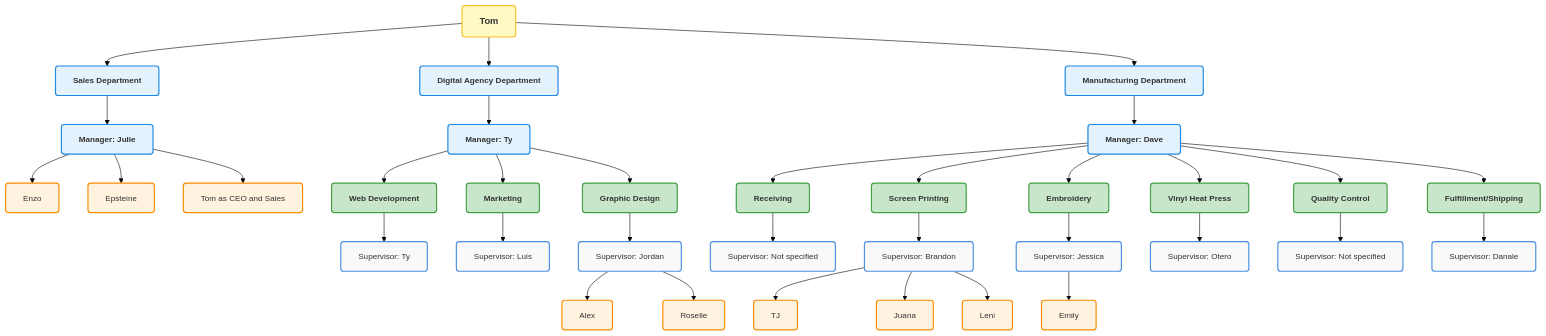
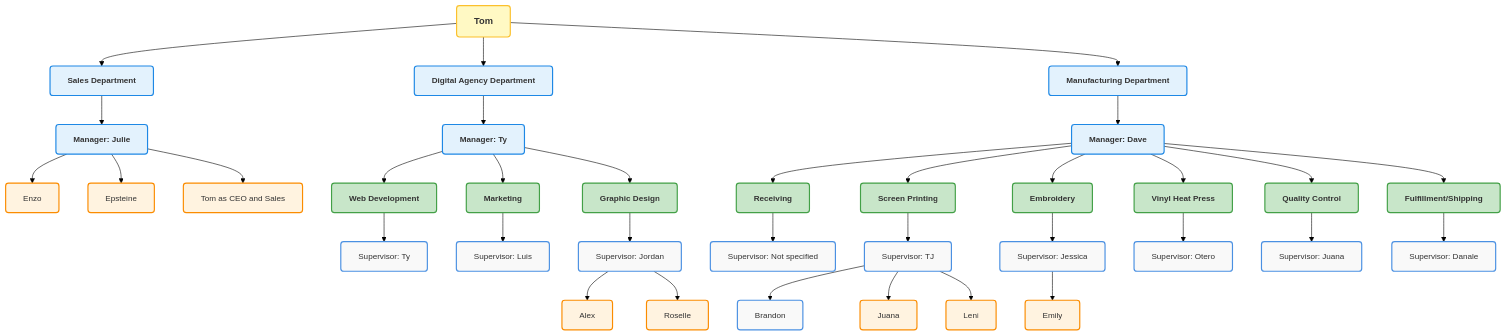
One commit to TyGrim13/4WinnerFlows changed the first of 11 diagrams in README.md. Above: the diagram before and after it, drawn with Mermaid.

```diff
--- a/README.md
+++ b/README.md
@@ -84,8 +84,8 @@
     Receiving[Receiving]
     RecSup[Supervisor: Not specified]
     ScreenPrinting[Screen Printing]
-    SP[Supervisor: Brandon]
-    SPTJ[TJ]
+    SP[Supervisor: TJ]
+    SPBrandon[Brandon]
     SPJuana[Juana]
     SPLeni[Leni]
     Embroidery[Embroidery]
@@ -94,7 +94,7 @@
     VinylHeatPress[Vinyl Heat Press]
     VHP[Supervisor: Otero]
     QualityControl[Quality Control]
-    QCSup[Supervisor: Not specified]
+    QCSup[Supervisor: Juana]
     FulfillmentShipping[Fulfillment/Shipping]
     FulfillSup[Supervisor: Danale]
     CEO --> Manufacturing
@@ -103,7 +103,7 @@
     Receiving --> RecSup
     ManuMgr --> ScreenPrinting
     ScreenPrinting --> SP
-    SP --> SPTJ
+    SP --> SPBrandon
     SP --> SPJuana
     SP --> SPLeni
     ManuMgr --> Embroidery
```
